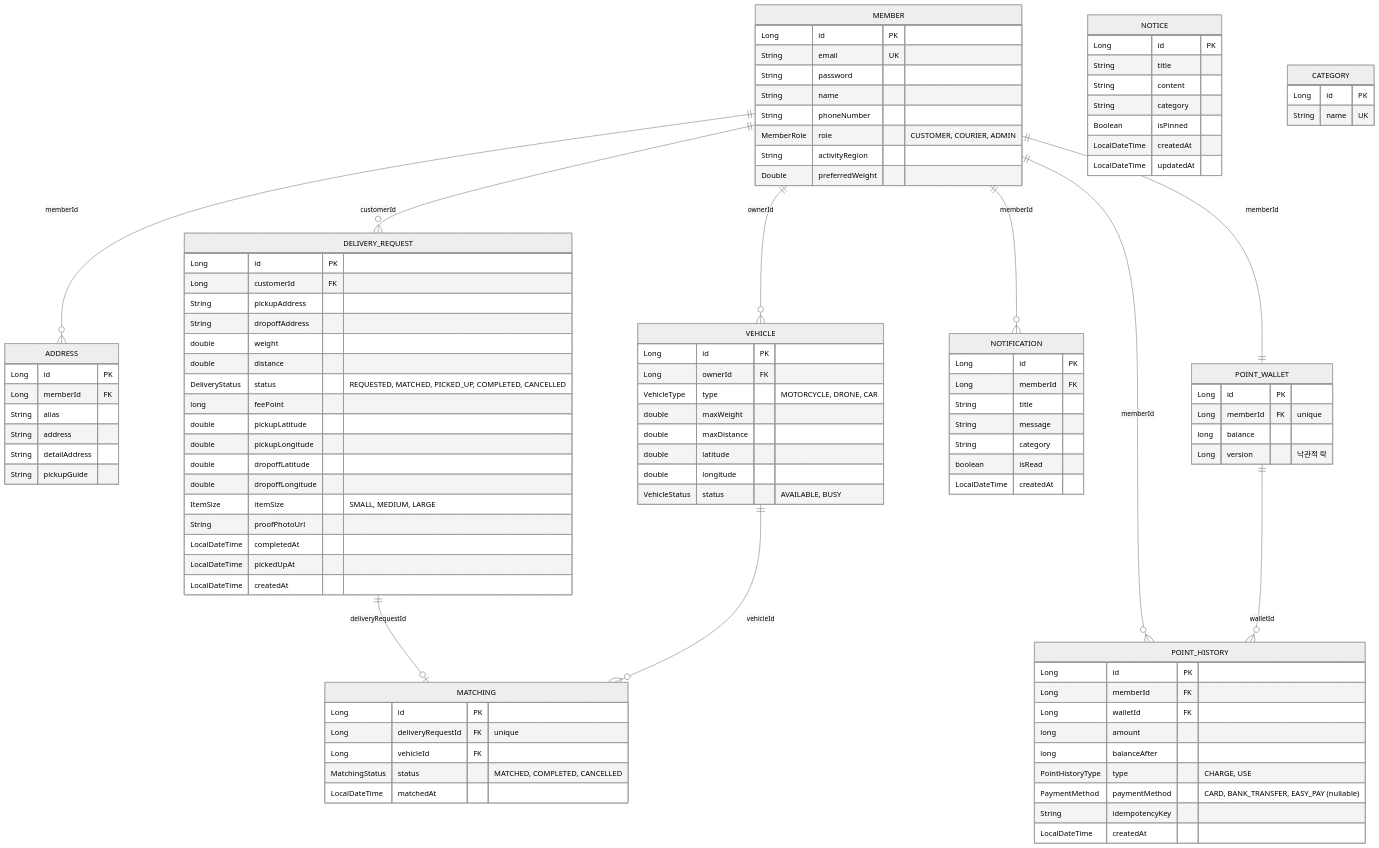
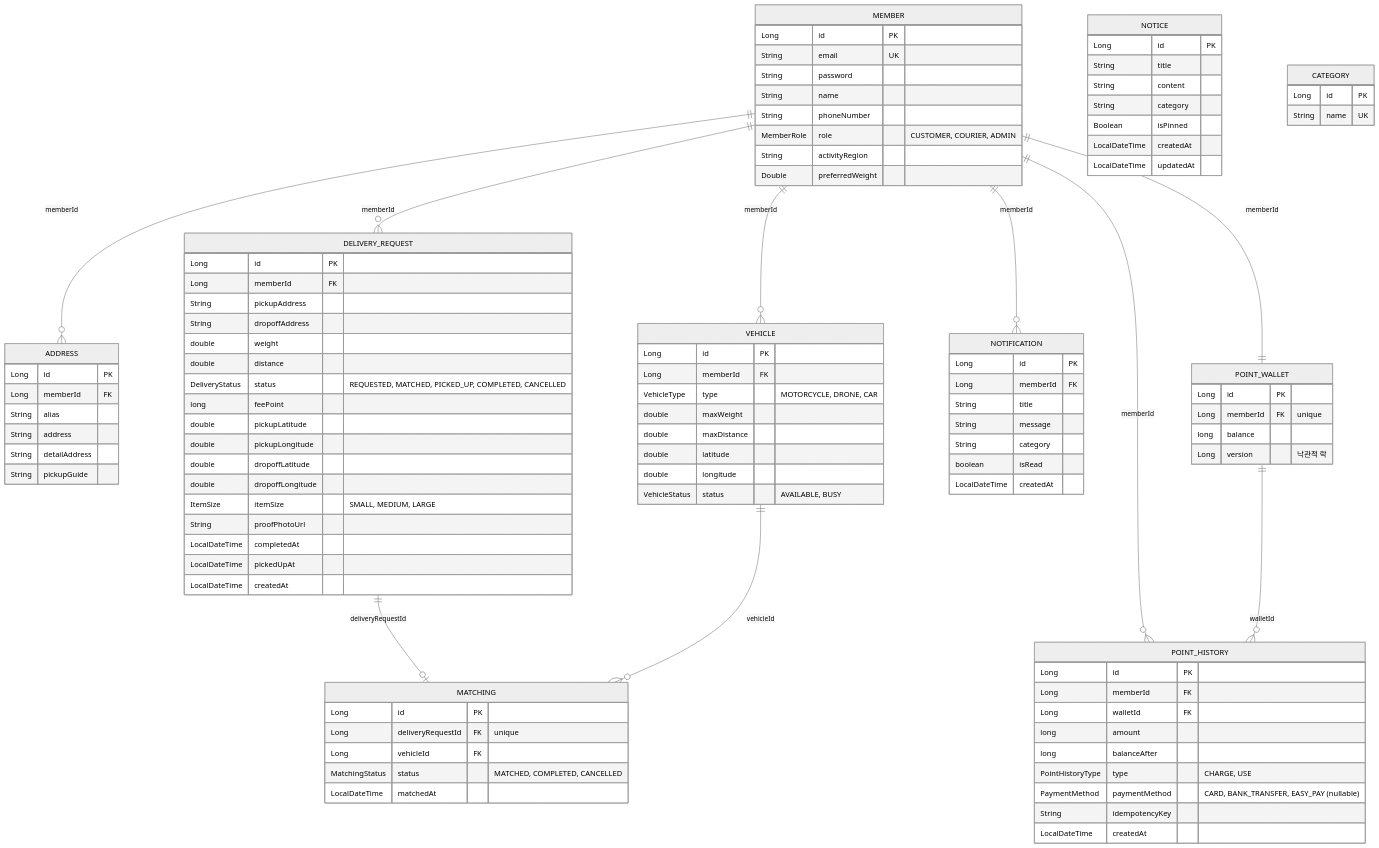
One commit to ShinhanDSProject/shinhan-delivery changed the diagram in docs/erd.md. Above: the diagram before and after it, drawn with Mermaid (neutral theme). The commit also changed 35 other files, not shown here.

````diff
--- a/docs/erd.md
+++ b/docs/erd.md
@@ -33,8 +33,8 @@
 ```mermaid
 erDiagram
     MEMBER ||--o{ ADDRESS : "memberId"
-    MEMBER ||--o{ VEHICLE : "ownerId"
-    MEMBER ||--o{ DELIVERY_REQUEST : "customerId"
+    MEMBER ||--o{ VEHICLE : "memberId"
+    MEMBER ||--o{ DELIVERY_REQUEST : "memberId"
     MEMBER ||--o{ NOTIFICATION : "memberId"
     MEMBER ||--o{ POINT_HISTORY : "memberId"
     MEMBER ||--|| POINT_WALLET : "memberId"
@@ -64,7 +64,7 @@
 
     VEHICLE {
         Long id PK
-        Long ownerId FK
+        Long memberId FK
         VehicleType type "MOTORCYCLE, DRONE, CAR"
         double maxWeight
         double maxDistance
@@ -75,7 +75,7 @@
 
     DELIVERY_REQUEST {
         Long id PK
-        Long customerId FK
+        Long memberId FK
         String pickupAddress
         String dropoffAddress
         double weight
````
